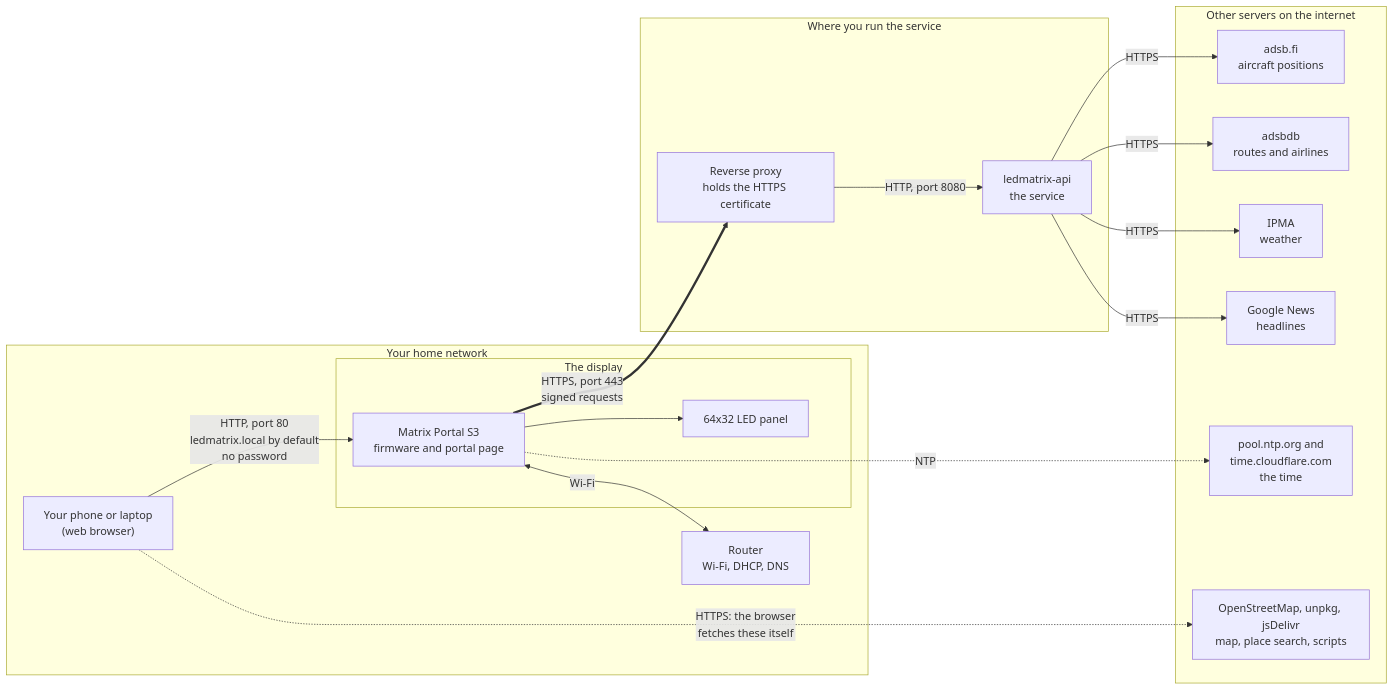
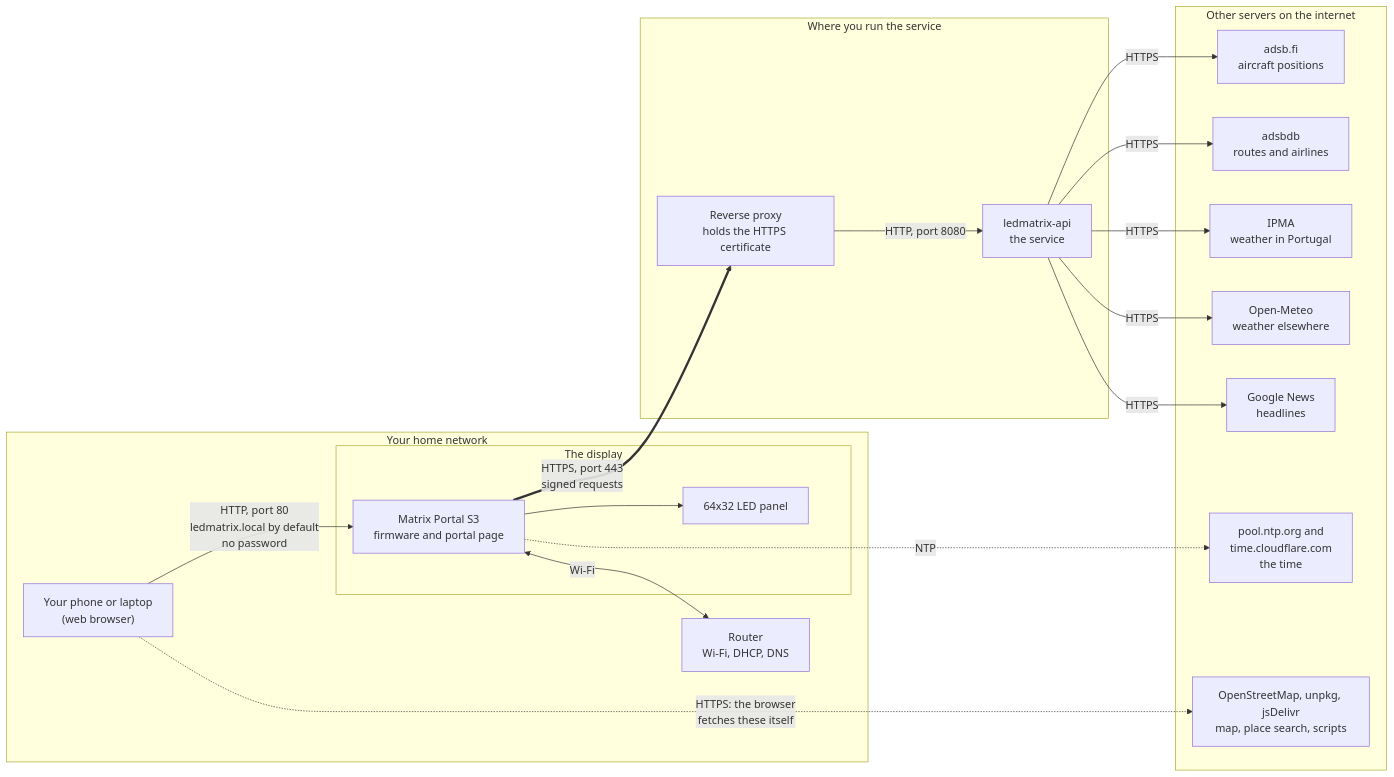
Before and after one commit to suvl/ledmatrix: the first of 13 diagrams in docs/architecture.md, drawn with Mermaid. The commit also changed other lines of this file and 7 other files, not shown here.

First line of the commit message:
Docs wave 2: weather outside Portugal, headline editions, signed updates and key rotation [skip ci]

````diff
--- a/docs/architecture.md
+++ b/docs/architecture.md
@@ -17,34 +17,36 @@
 ```mermaid
 flowchart LR
   subgraph home["Your home network"]
     browser["Your phone or laptop<br/>(web browser)"]
     router["Router<br/>Wi-Fi, DHCP, DNS"]
     subgraph unit["The display"]
       board["Matrix Portal S3<br/>firmware and portal page"]
       panel["64x32 LED panel"]
       board --> panel
     end
   end
   subgraph host["Where you run the service"]
     proxy["Reverse proxy<br/>holds the HTTPS certificate"]
     svc["ledmatrix-api<br/>the service"]
     proxy -->|"HTTP, port 8080"| svc
   end
   subgraph world["Other servers on the internet"]
     adsb["adsb.fi<br/>aircraft positions"]
     adsbdb["adsbdb<br/>routes and airlines"]
-    ipma["IPMA<br/>weather"]
+    ipma["IPMA<br/>weather in Portugal"]
+    om["Open-Meteo<br/>weather elsewhere"]
     gnews["Google News<br/>headlines"]
     ntp["pool.ntp.org and<br/>time.cloudflare.com<br/>the time"]
     web["OpenStreetMap, unpkg, jsDelivr<br/>map, place search, scripts"]
   end
   browser -->|"HTTP, port 80<br/>ledmatrix.local by default<br/>no password"| board
   board <-->|"Wi-Fi"| router
   board ==>|"HTTPS, port 443<br/>signed requests"| proxy
   svc -->|"HTTPS"| adsb
   svc -->|"HTTPS"| adsbdb
   svc -->|"HTTPS"| ipma
+  svc -->|"HTTPS"| om
   svc -->|"HTTPS"| gnews
   board -.->|"NTP"| ntp
   browser -.->|"HTTPS: the browser<br/>fetches these itself"| web
 ```
````
